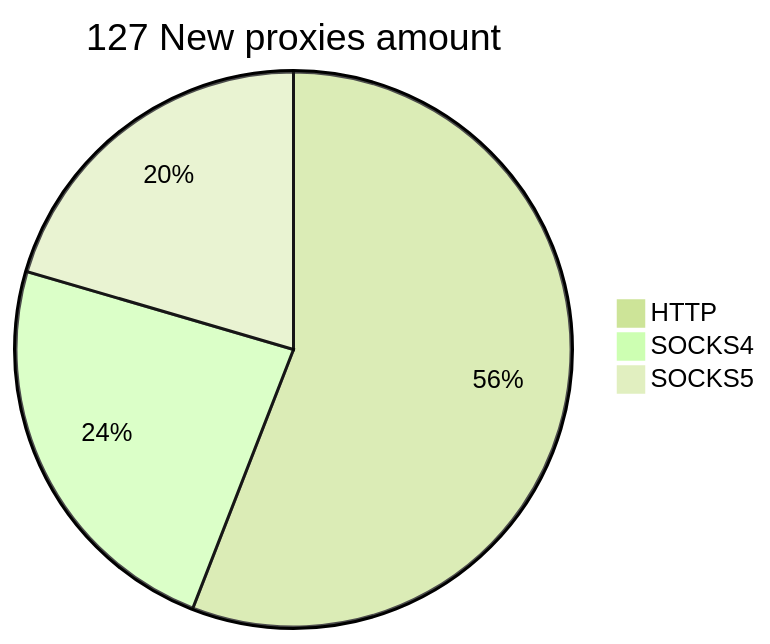
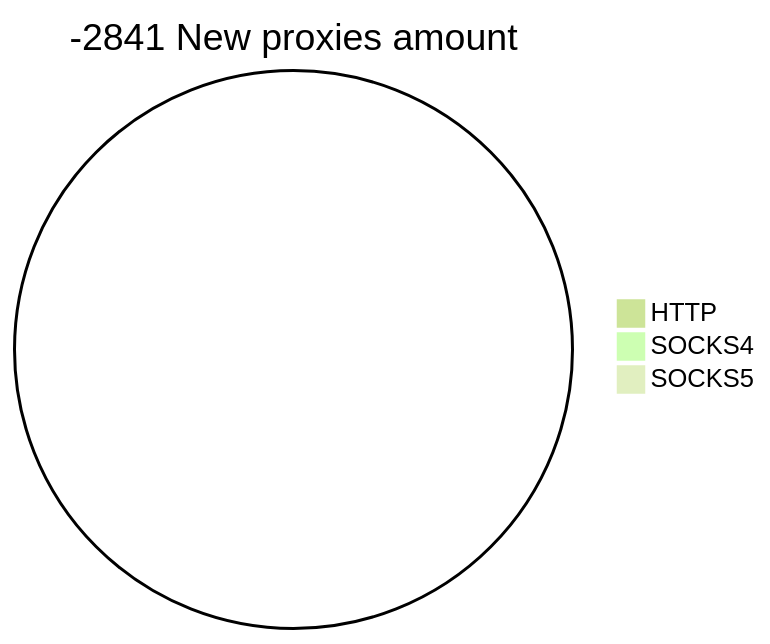
One commit to cutipu/proxylist changed the second of 2 diagrams in README.md. Above: the diagram before and after it, drawn with Mermaid (forest theme). The commit also changed other lines of this file, not shown here.

````diff
--- a/README.md
+++ b/README.md
@@ -10,6 +10,6 @@
 ```mermaid
-pie title 127 New proxies amount
-    "HTTP" : 71
-    "SOCKS4" : 30
-    "SOCKS5" : 26
+pie title -2841 New proxies amount
+    "HTTP" : 0
+    "SOCKS4" : 0
+    "SOCKS5" : 0
 ```
````
